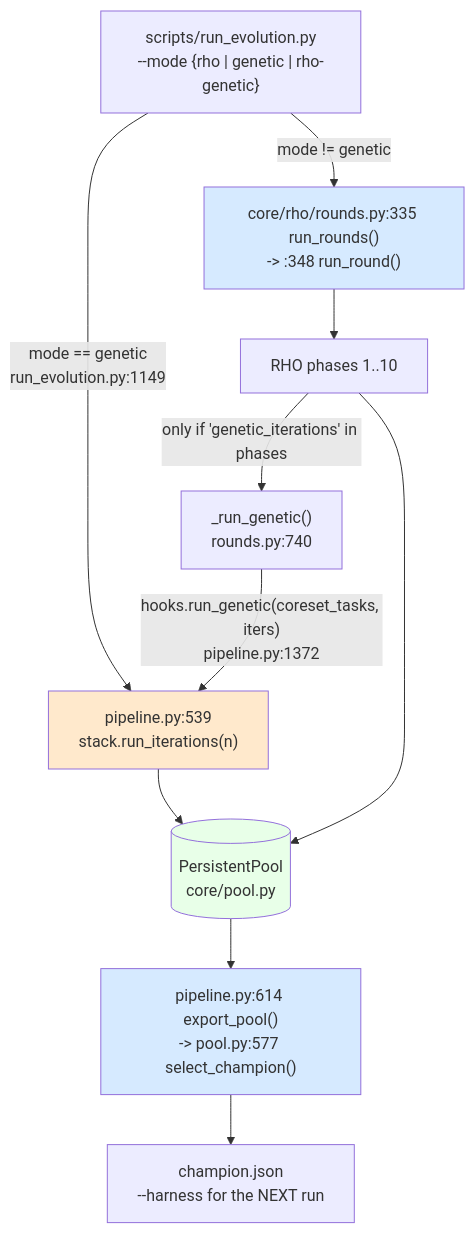
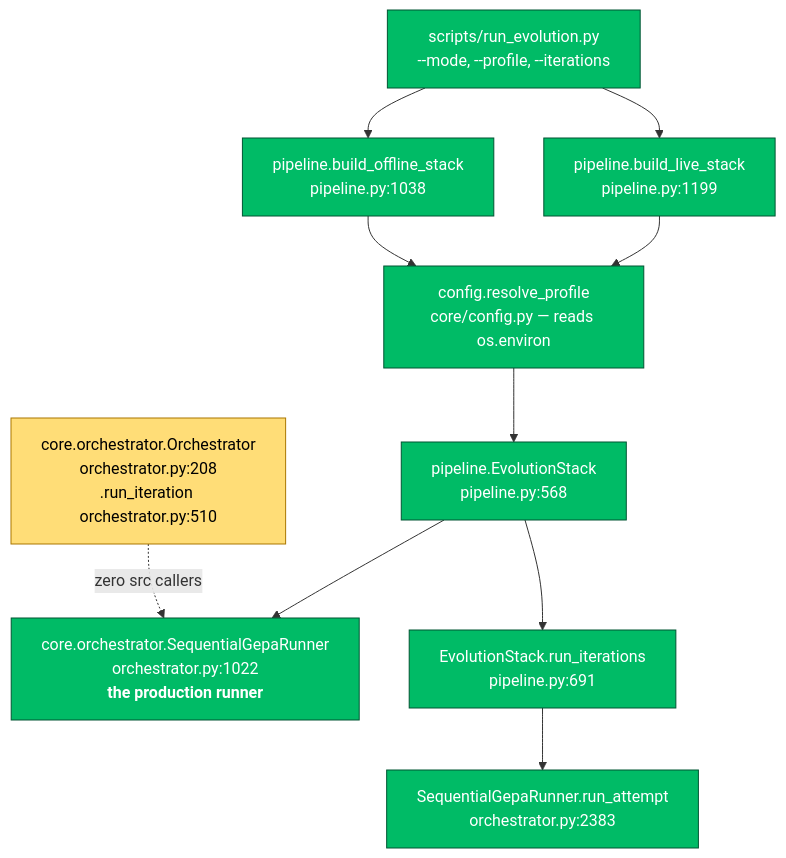
The first of 8 diagrams in docs/architecture/IMPLEMENTED-PIPELINE-MAP.md (one-little-step/AgentEvolve), drawn with Mermaid before and after one commit. The commit also changed other lines of this file and 8 other files, not shown here.

````diff
--- a/docs/architecture/IMPLEMENTED-PIPELINE-MAP.md
+++ b/docs/architecture/IMPLEMENTED-PIPELINE-MAP.md
@@ -61,21 +51,25 @@
 ```mermaid
 flowchart TB
-    CLI["scripts/run_evolution.py<br/>--mode {rho | genetic | rho-genetic}"]
+    CLI["scripts/run_evolution.py<br/>--mode, --profile, --iterations"]:::live
+    BLS["pipeline.build_live_stack<br/>pipeline.py:1199"]:::live
+    BOS["pipeline.build_offline_stack<br/>pipeline.py:1038"]:::live
+    RC["config.resolve_profile<br/>core/config.py — reads os.environ"]:::live
+    STACK["pipeline.EvolutionStack<br/>pipeline.py:568"]:::live
+    RUNNER["core.orchestrator.SequentialGepaRunner<br/>orchestrator.py:1022<br/><b>the production runner</b>"]:::live
+    ITER["EvolutionStack.run_iterations<br/>pipeline.py:691"]:::live
+    ATT["SequentialGepaRunner.run_attempt<br/>orchestrator.py:2383"]:::live
 
-    CLI -->|"mode != genetic"| RR["core/rho/rounds.py:335 run_rounds()<br/>-> :348 run_round()"]
-    CLI -->|"mode == genetic<br/>run_evolution.py:1149"| GEN["pipeline.py:539<br/>stack.run_iterations(n)"]
+    ORCH["core.orchestrator.Orchestrator<br/>orchestrator.py:208<br/>.run_iteration orchestrator.py:510"]:::testonly
 
-    RR --> P1_10["RHO phases 1..10"]
-    P1_10 -->|"only if 'genetic_iterations' in phases"| GHOOK["_run_genetic()<br/>rounds.py:740"]
-    GHOOK -->|"hooks.run_genetic(coreset_tasks, iters)<br/>pipeline.py:1372"| GEN
+    CLI --> BLS & BOS
+    BLS --> RC
+    BOS --> RC
+    RC --> STACK
+    STACK --> RUNNER
+    STACK --> ITER
+    ITER --> ATT
+    ORCH -.->|"zero src callers"| RUNNER
 
-    GEN --> POOL[("PersistentPool<br/>core/pool.py")]
-    P1_10 --> POOL
-    POOL --> EXPORT["pipeline.py:614 export_pool()<br/>-> pool.py:577 select_champion()"]
-    EXPORT --> NEXT["champion.json<br/>--harness for the NEXT run"]
-
-    style RR fill:#d6eaff
-    style GEN fill:#ffe9cc
-    style POOL fill:#e8ffe8
-    style EXPORT fill:#d6eaff
+    classDef live fill:#0b6,stroke:#053,color:#fff
+    classDef testonly fill:#fd7,stroke:#a70,color:#000
 ```
````
